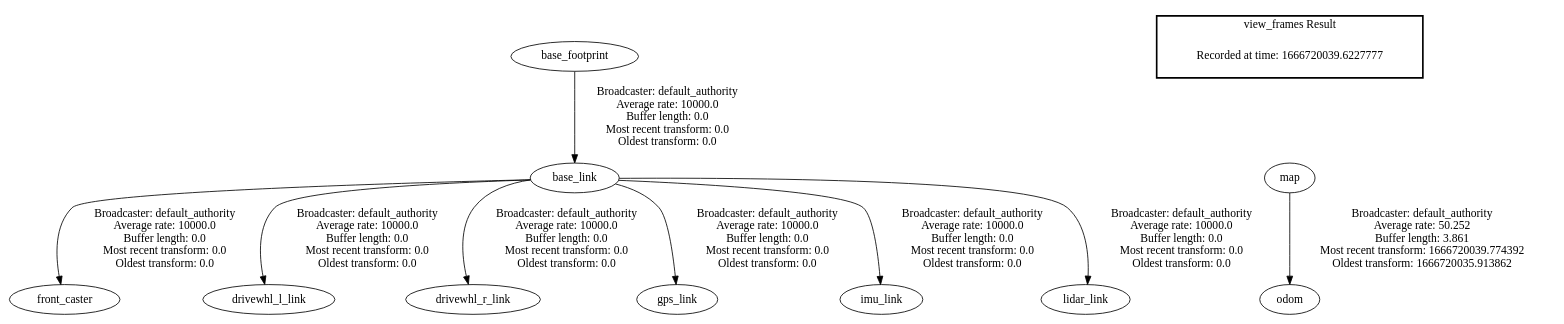
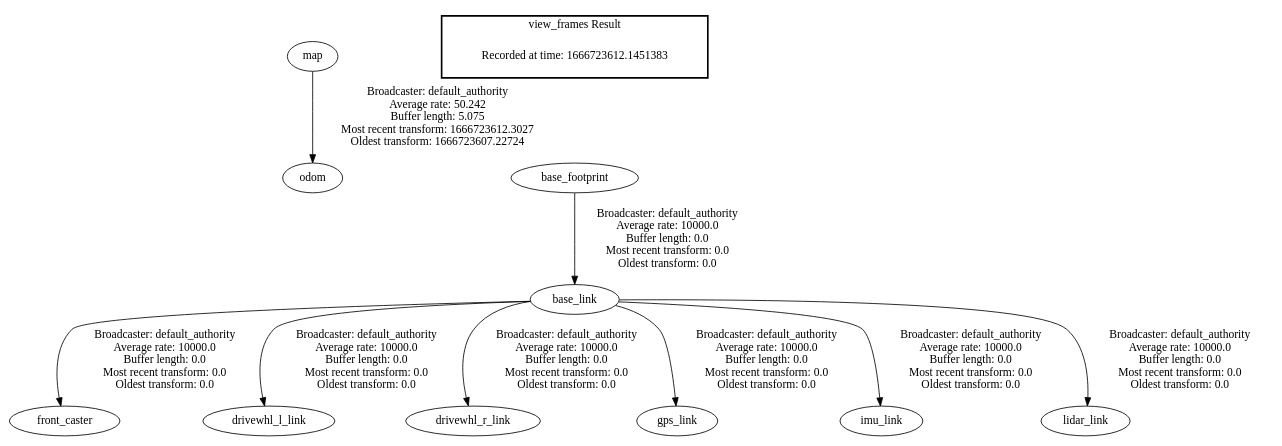
Before and after one commit to men18300/ROS-ROVER-UVG: the diagram in frames.gv, drawn with Graphviz. The commit also changed 236 other files, not shown here.

```diff
--- a/frames.gv
+++ b/frames.gv
@@ -1,14 +1,14 @@
 digraph G {
+"map" -> "odom"[label=" Broadcaster: default_authority\nAverage rate: 50.242\nBuffer length: 5.075\nMost recent transform: 1666723612.3027\nOldest transform: 1666723607.22724\n"];
 "base_footprint" -> "base_link"[label=" Broadcaster: default_authority\nAverage rate: 10000.0\nBuffer length: 0.0\nMost recent transform: 0.0\nOldest transform: 0.0\n"];
 "base_link" -> "front_caster"[label=" Broadcaster: default_authority\nAverage rate: 10000.0\nBuffer length: 0.0\nMost recent transform: 0.0\nOldest transform: 0.0\n"];
 "base_link" -> "drivewhl_l_link"[label=" Broadcaster: default_authority\nAverage rate: 10000.0\nBuffer length: 0.0\nMost recent transform: 0.0\nOldest transform: 0.0\n"];
 "base_link" -> "drivewhl_r_link"[label=" Broadcaster: default_authority\nAverage rate: 10000.0\nBuffer length: 0.0\nMost recent transform: 0.0\nOldest transform: 0.0\n"];
 "base_link" -> "gps_link"[label=" Broadcaster: default_authority\nAverage rate: 10000.0\nBuffer length: 0.0\nMost recent transform: 0.0\nOldest transform: 0.0\n"];
 "base_link" -> "imu_link"[label=" Broadcaster: default_authority\nAverage rate: 10000.0\nBuffer length: 0.0\nMost recent transform: 0.0\nOldest transform: 0.0\n"];
 "base_link" -> "lidar_link"[label=" Broadcaster: default_authority\nAverage rate: 10000.0\nBuffer length: 0.0\nMost recent transform: 0.0\nOldest transform: 0.0\n"];
-"map" -> "odom"[label=" Broadcaster: default_authority\nAverage rate: 50.252\nBuffer length: 3.861\nMost recent transform: 1666720039.774392\nOldest transform: 1666720035.913862\n"];
 edge [style=invis];
  subgraph cluster_legend { style=bold; color=black; label ="view_frames Result";
-"Recorded at time: 1666720039.6227777"[ shape=plaintext ] ;
-}->"map";
+"Recorded at time: 1666723612.1451383"[ shape=plaintext ] ;
+}->"base_footprint";
 }
```
